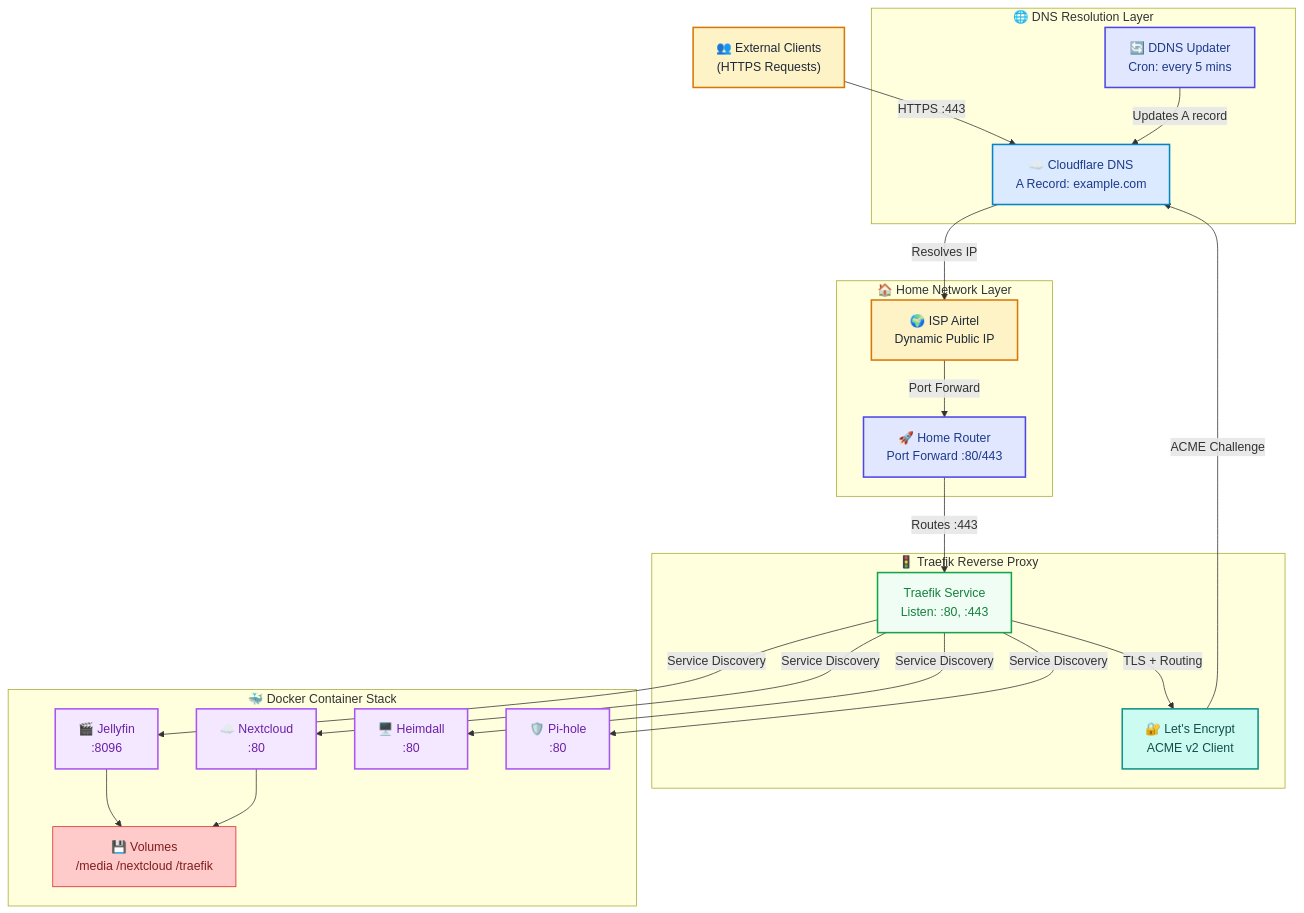
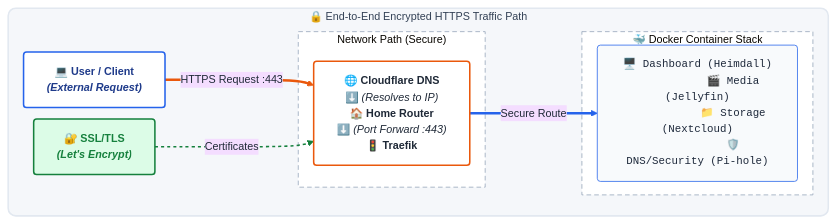
The second of 2 diagrams in README.md (charan-altro/self-host-lab), drawn with Mermaid before and after one commit. The commit also changed other lines of this file, not shown here.

````diff
--- a/README.md
+++ b/README.md
@@ -7,50 +62,64 @@
 ```mermaid
-flowchart TB
-    classDef external fill:#FEF3C7,stroke:#D97706,stroke-width:2px,color:#1F2937
-    classDef cloudflare fill:#DBEAFE,stroke:#0284C7,stroke-width:2px,color:#1E3A8A
-    classDef router fill:#E0E7FF,stroke:#4F46E5,stroke-width:2px,color:#1E3A8A
-    classDef traefik fill:#F0FDF4,stroke:#16A34A,stroke-width:2px,color:#15803D
-    classDef docker fill:#F3E8FF,stroke:#A855F7,stroke-width:2px,color:#6B21A8
-    classDef storage fill:#FECACA,stroke:#DC2626,stroke-width:1px,color:#7F1D1D
-    classDef letsencrypt fill:#CCFBF1,stroke:#0D9488,stroke-width:2px,color:#134E4A
+%%{init: {
+  'theme': 'base',
+  'themeVariables': {
+    'background': '#F5F7FA',
+    'primaryTextColor': '#1F2937',
+    'lineColor': '#64748B',
+    'fontSize': '14px'
+  },
+  'flowchart': { 'rankSpacing': 15, 'nodeSpacing': 15 }
+}}%%
+flowchart LR
+    %% --- STYLES ---
+    classDef client fill:#FFFFFF,stroke:#2563EB,stroke-width:2px,color:#1E3A8A,rx:4,ry:4,font-weight:bold,shadow:true
+    classDef netStack fill:#FFFFFF,stroke:#EA580C,stroke-width:2px,color:#1F2937,rx:4,ry:4,shadow:true,align:center
+    classDef appStack fill:#F8FAFC,stroke:#2563EB,stroke-width:1px,color:#1E293B,rx:4,ry:4,align:left,font-family:monospace
+    classDef lock fill:#DCFCE7,stroke:#15803D,stroke-width:2px,color:#15803D,rx:4,ry:4,font-weight:bold
+    
+    %% --- STRUCTURE ---
+    subgraph Traffic ["🔒 End-to-End Encrypted HTTPS Traffic Path"]
+        direction LR
 
-    Client["👥 External Clients<br/>(HTTPS Requests)"]:::external
+        %% 1. USER
+        User["💻 <b>User / Client</b>
+        <i>(External Request)</i>"]:::client
 
-    subgraph DNS["🌐 DNS Resolution Layer"]
-        CF_DNS["☁️ Cloudflare DNS<br/>A Record: example.com"]:::cloudflare
-        DDNS["🔄 DDNS Updater<br/>Cron: every 5 mins"]:::router
+        %% 2. NETWORK STACK
+        subgraph NetLayer ["Network Path (Secure)"]
+            Stack["🌐 <b>Cloudflare DNS</b>
+            ⬇️ <i>(Resolves to IP)</i>
+            🏠 <b>Home Router</b>
+            ⬇️ <i>(Port Forward :443)</i>
+            🚦 <b>Traefik</b>"]:::netStack
+        end
+
+        %% 3. APPS
+        subgraph Server ["🐳 Docker Container Stack"]
+            Apps["
+            🖥️ Dashboard (Heimdall)
+            🎬 Media (Jellyfin)
+            📁 Storage (Nextcloud)
+            🛡️ DNS/Security (Pi-hole)"]:::appStack
+        end
+
+        %% 4. SSL
+        SSL["🔐 <b>SSL/TLS</b>
+        <i>(Let's Encrypt)</i>"]:::lock
     end
 
-    subgraph Network["🏠 Home Network Layer"]
-        ISP["🌍 ISP Airtel<br/>Dynamic Public IP"]:::external
-        RRouter["🚀 Home Router<br/>Port Forward :80/443"]:::router
-    end
+    %% --- CONNECTIONS ---
+    User ==>|"HTTPS Request :443"| Stack
+    SSL -.->|"Certificates"| Stack
+    Stack ==>|"Secure Route"| Apps
 
-    subgraph Reverse["🚦 Traefik Reverse Proxy"]
-        Traefik["Traefik Service<br/>Listen: :80, :443"]:::traefik
-        LE["🔐 Let's Encrypt<br/>ACME v2 Client"]:::letsencrypt
-    end
-
-    subgraph Containers["🐳 Docker Container Stack"]
-        Jellyfin["🎬 Jellyfin<br/>:8096"]:::docker
-        Nextcloud["☁️ Nextcloud<br/>:80"]:::docker
-        Heimdall["🖥️ Heimdall<br/>:80"]:::docker
-        Pihole["🛡️ Pi-hole<br/>:80"]:::docker
-        
-        Vol["💾 Volumes<br/>/media /nextcloud /traefik"]:::storage
-    end
-
-    Client -->|"HTTPS :443"| CF_DNS
-    CF_DNS -->|"Resolves IP"| ISP
-    DDNS -->|"Updates A record"| CF_DNS
-    ISP -->|"Port Forward"| RRouter
-    RRouter -->|"Routes :443"| Traefik
-    Traefik -->|"TLS + Routing"| LE
-    LE -->|"ACME Challenge"| CF_DNS
-    Traefik -->|"Service Discovery"| Jellyfin
-    Traefik -->|"Service Discovery"| Nextcloud
-    Traefik -->|"Service Discovery"| Heimdall
-    Traefik -->|"Service Discovery"| Pihole
-    Jellyfin --> Vol
-    Nextcloud --> Vol
+    %% --- STYLES ---
+    linkStyle 0 stroke:#EA580C,stroke-width:3px
+    linkStyle 1 stroke:#15803D,stroke-width:2px,stroke-dasharray: 4 4
+    linkStyle 2 stroke:#2563EB,stroke-width:3px
+    
+    classDef masterZone fill:#F5F7FA,stroke:#E2E8F0,stroke-width:2px,rx:10,ry:10,color:#334155
+    classDef innerZone fill:#FFFFFF,stroke:#94A3B8,stroke-width:1px,stroke-dasharray: 6 4
+    class Traffic masterZone
+    class NetLayer,Server innerZone
 ```
````
